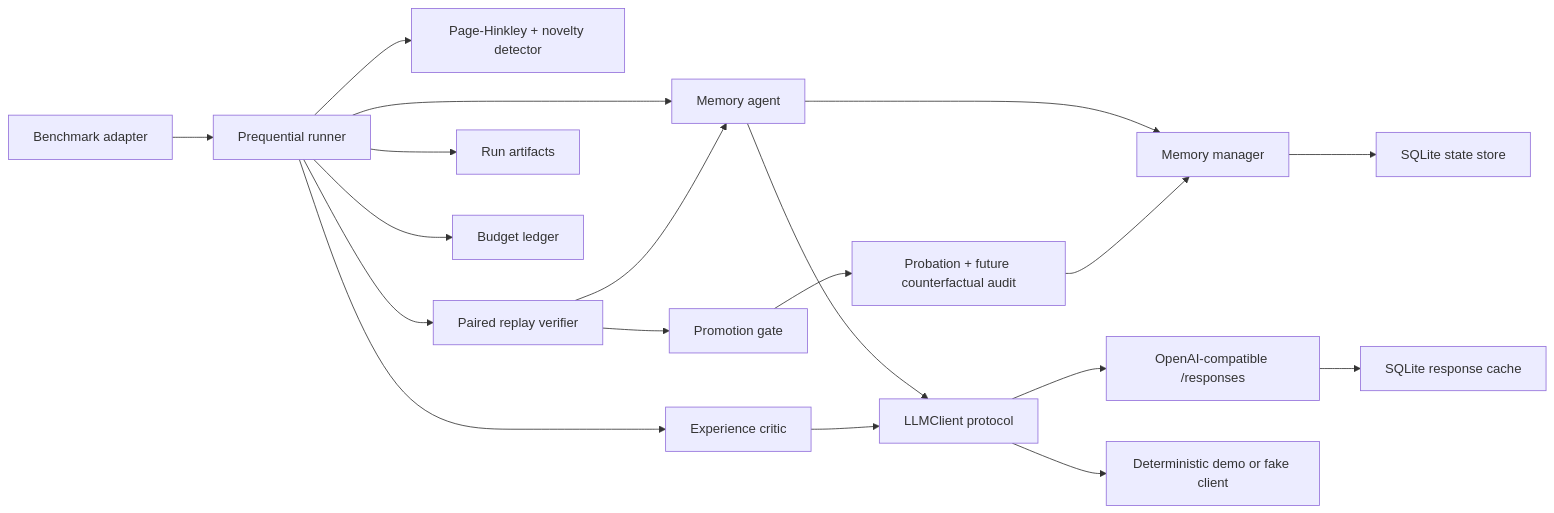
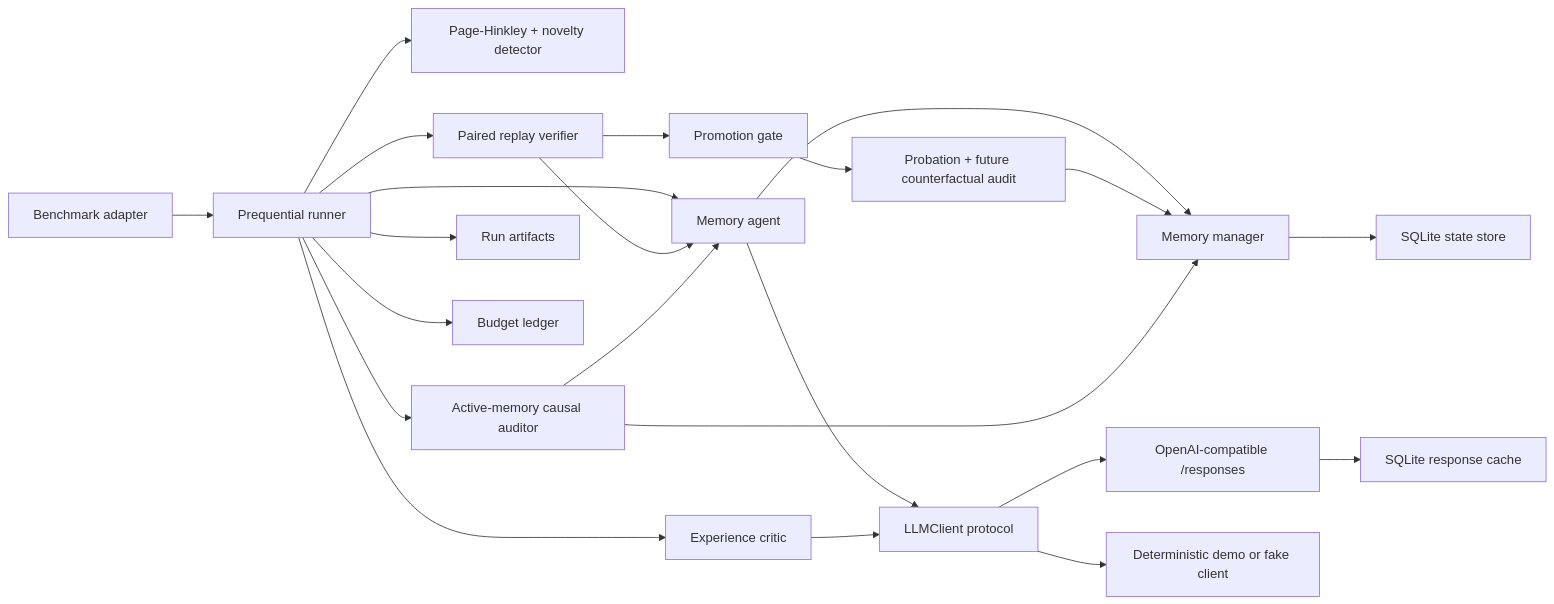
One commit to Vincent123Nie/EvoShift changed the first of 4 diagrams in docs/architecture.md. Above: the diagram before and after it, drawn with Mermaid. The commit also changed other lines of this file and 32 other files, not shown here.

Commit message:
Add causal governance for active memories

````diff
--- a/docs/architecture.md
+++ b/docs/architecture.md
@@ -21,21 +21,24 @@
 ```mermaid
 flowchart LR
     B["Benchmark adapter"] --> R["Prequential runner"]
     R --> A["Memory agent"]
     A --> M["Memory manager"]
     M --> S["SQLite state store"]
     A --> P["LLMClient protocol"]
     P --> O["OpenAI-compatible /responses"]
     P --> D["Deterministic demo or fake client"]
     R --> C["Experience critic"]
     C --> P
     R --> H["Page-Hinkley + novelty detector"]
     R --> V["Paired replay verifier"]
     V --> A
     V --> G["Promotion gate"]
     G --> F["Probation + future counterfactual audit"]
     F --> M
+    R --> K["Active-memory causal auditor"]
+    K --> A
+    K --> M
     R --> X["Run artifacts"]
     R --> L["Budget ledger"]
     O --> Q["SQLite response cache"]
 ```
````
